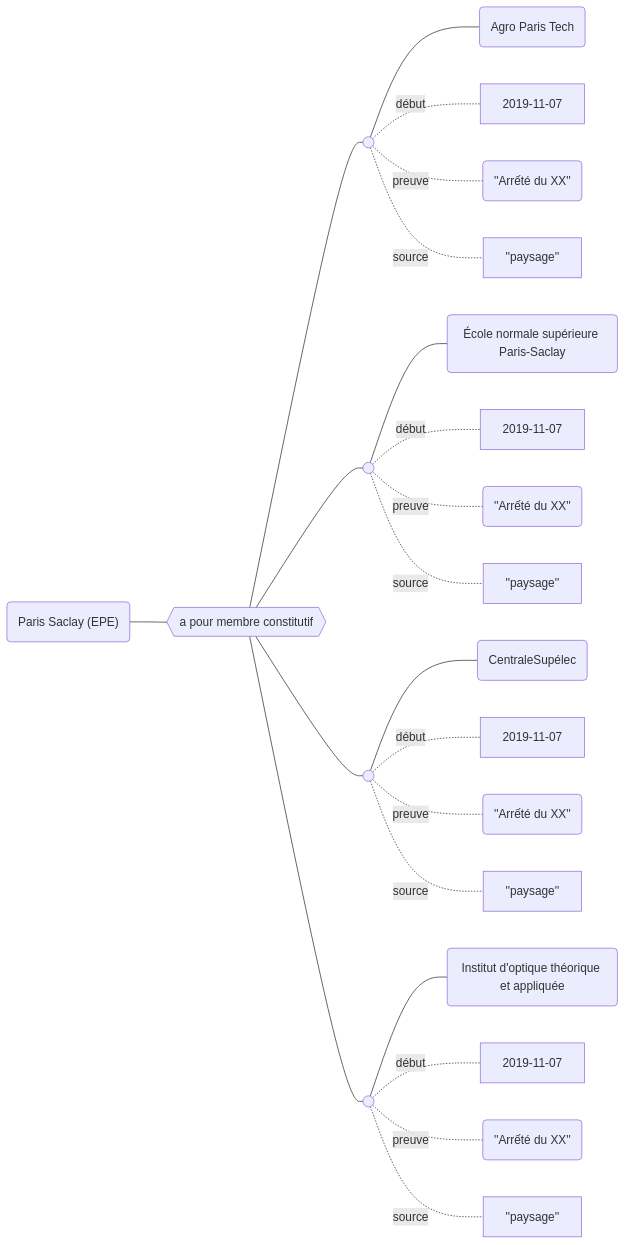
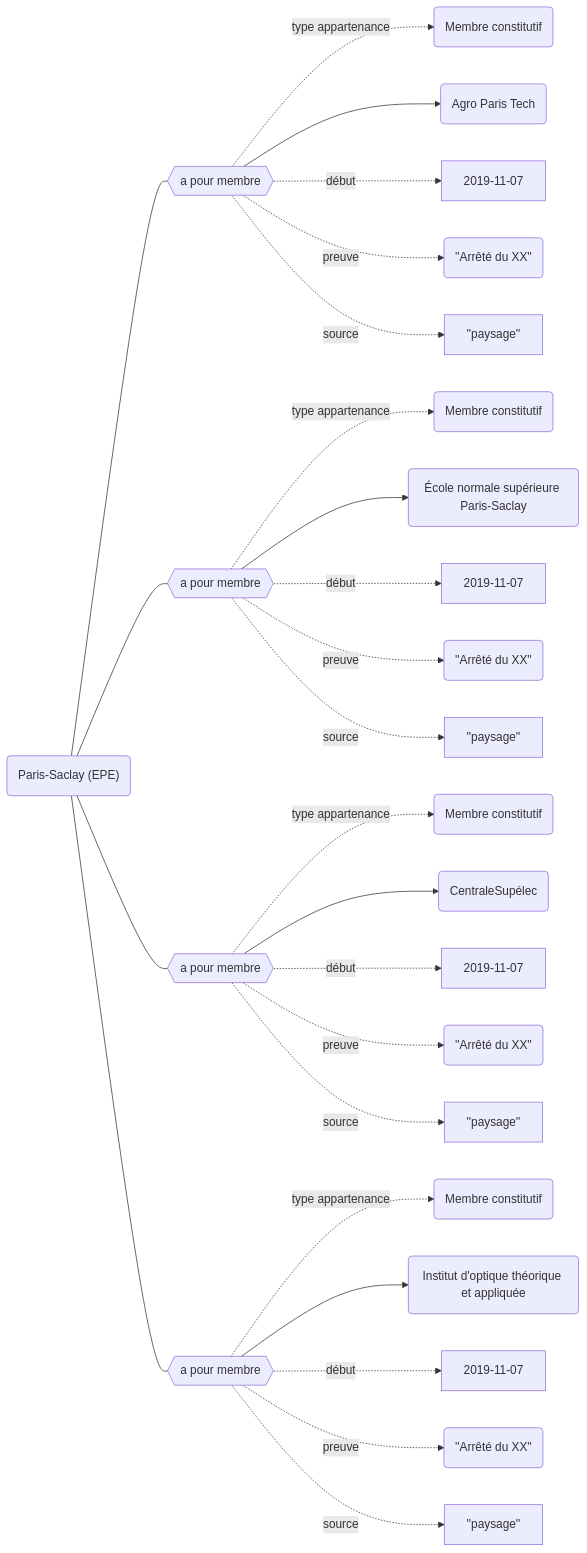
Before and after one commit to abes-esr/movies-doc: the third of 3 diagrams in docs/Modélisation Movies/Composition des établissements.md, drawn with Mermaid. The commit also changed other lines of this file and 28 other files, not shown here.

````diff
--- a/docs/Modélisation Movies/Composition des établissements.md
+++ b/docs/Modélisation Movies/Composition des établissements.md
@@ -22,31 +49,38 @@
 ```mermaid
 graph LR
-    PS("Paris Saclay (EPE)")
+    PS("Paris-Saclay (EPE)")
     AGPT(Agro Paris Tech)
     SUPELEC(CentraleSupélec)
     ENS(École normale supérieure Paris-Saclay)
-    IOTA(Institut d'optique théorique et appliquée)
-    MEMBRE{{a pour membre constitutif}}
+    IOTA(Institut d'optique théorique et appliquée)  
+    MB_1{{a pour membre}}
+    MB_2{{a pour membre}}
+    MB_3{{a pour membre}}
+    MB_4{{a pour membre}}
+
+    MB_1 -.-> |type appartenance| MB_1_t(Membre constitutif)
+    MB_2 -.-> |type appartenance| MB_2_t(Membre constitutif)
+    MB_3 -.-> |type appartenance| MB_3_t(Membre constitutif)
+    MB_4 -.-> |type appartenance| MB_4_t(Membre constitutif)
     
-    PS --- MEMBRE 
-    MEMBRE --- MB_1(( )) --- AGPT
-    MEMBRE --- MB_2(( )) --- ENS
-    MEMBRE --- MB_3(( )) --- SUPELEC
-    MEMBRE --- MB_4(( )) --- IOTA
+    PS --- MB_1 --> AGPT
+    PS --- MB_2 --> ENS
+    PS --- MB_3 --> SUPELEC
+    PS --- MB_4 --> IOTA
 
-    MB_1 -.-|début| MB_1_DEBUT[2019-11-07]
-    MB_2 -.-|début| MB_2_DEBUT[2019-11-07]
-    MB_3 -.-|début| MB_3_DEBUT[2019-11-07]
-    MB_4 -.-|début| MB_4_DEBUT[2019-11-07]
+    MB_1 -.->|début| MB_1_DEBUT[2019-11-07]
+    MB_2 -.->|début| MB_2_DEBUT[2019-11-07]
+    MB_3 -.->|début| MB_3_DEBUT[2019-11-07]
+    MB_4 -.->|début| MB_4_DEBUT[2019-11-07]
 
 
-    MB_1 -.-|preuve| MB_1_preuve(''Arrếté du XX'')
-    MB_2 -.-|preuve| MB_2_preuve(''Arrếté du XX'')
-    MB_3 -.-|preuve| MB_3_preuve(''Arrếté du XX'')
-    MB_4 -.-|preuve| MB_4_preuve(''Arrếté du XX'')
+    MB_1 -.->|preuve| MB_1_preuve(''Arrêté du XX'')
+    MB_2 -.->|preuve| MB_2_preuve(''Arrêté du XX'')
+    MB_3 -.->|preuve| MB_3_preuve(''Arrêté du XX'')
+    MB_4 -.->|preuve| MB_4_preuve(''Arrêté du XX'')
     
-    MB_1 -.-|source| MB_1_source[''paysage'']
-    MB_2 -.-|source| MB_2_source[''paysage'']
-    MB_3 -.-|source| MB_3_source[''paysage'']
-    MB_4 -.-|source| MB_4_source[''paysage'']
+    MB_1 -.->|source| MB_1_source[''paysage'']
+    MB_2 -.->|source| MB_2_source[''paysage'']
+    MB_3 -.->|source| MB_3_source[''paysage'']
+    MB_4 -.->|source| MB_4_source[''paysage'']
 ```
````
